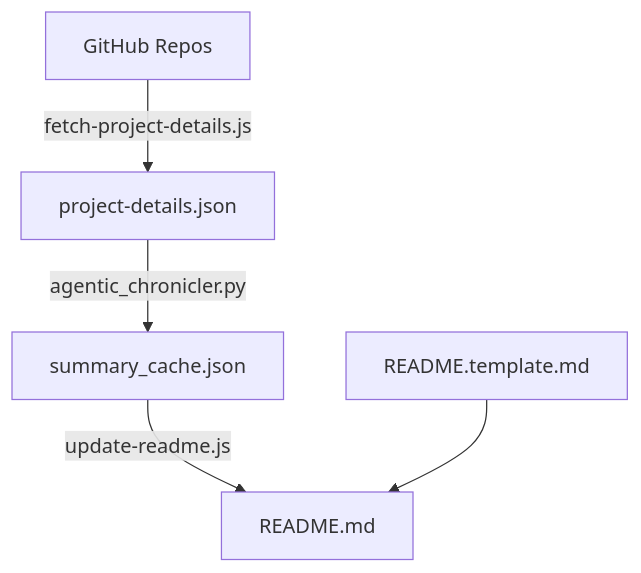
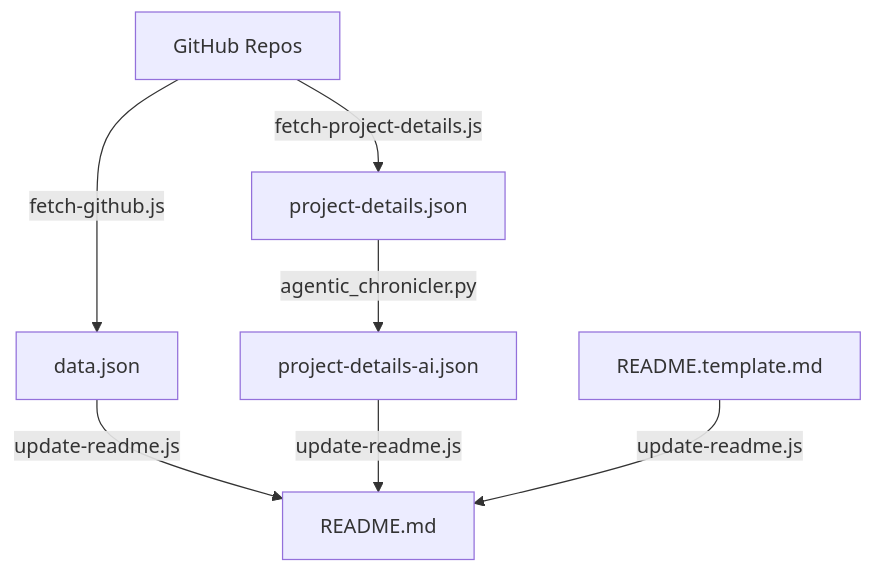
The diagram in README.md (akashagl92/Portfolio), drawn with Mermaid before and after one commit. The commit also changed 21 other files, not shown here.

Commit message:
docs: synchronize Multi-Agent Coordination card and update architecture diagram

````diff
--- a/README.md
+++ b/README.md
@@ -154,7 +154,9 @@
 ```mermaid
 graph TD
-    A[GitHub Repos] -->|fetch-project-details.js| B[project-details.json]
-    B -->|agentic_chronicler.py| C[summary_cache.json]
-    C -->|update-readme.js| D[README.md]
-    E[README.template.md] --> D
+    A[GitHub Repos] -->|fetch-github.js| B[data.json]
+    A -->|fetch-project-details.js| C[project-details.json]
+    C -->|agentic_chronicler.py| D[project-details-ai.json]
+    B -->|update-readme.js| E[README.md]
+    D -->|update-readme.js| E
+    F[README.template.md] -->|update-readme.js| E
 ```
````
